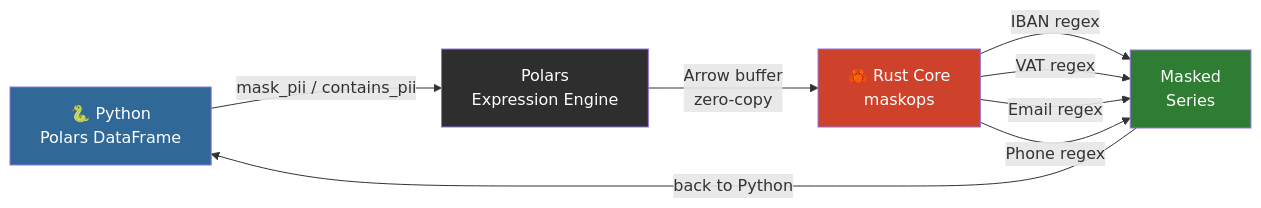
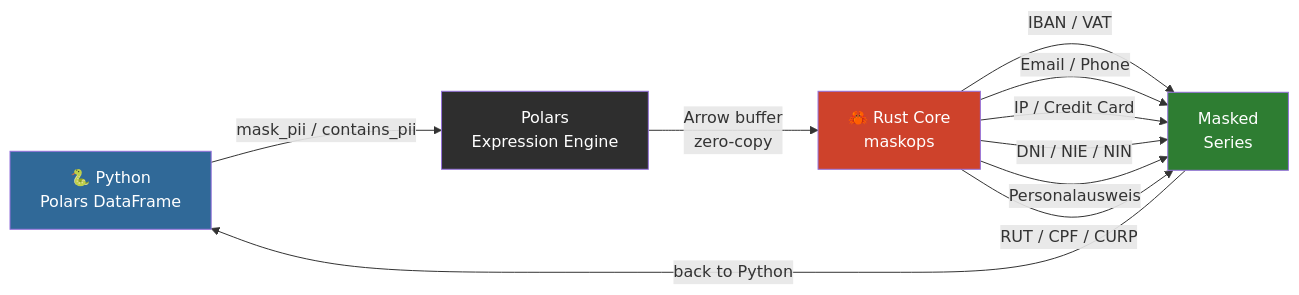
The diagram in README.md (fcarvajalbrown/MaskOps), drawn with Mermaid before and after one commit. The commit also changed other lines of this file and 11 other files, not shown here.

````diff
--- a/README.md
+++ b/README.md
@@ -10,15 +10,16 @@
 ```mermaid
 flowchart LR
     A[🐍 Python\nPolars DataFrame] -->|mask_pii / contains_pii| B[Polars\nExpression Engine]
     B -->|Arrow buffer\nzero-copy| C[🦀 Rust Core\nmaskops]
-    C -->|IBAN regex| D[Masked\nSeries]
-    C -->|VAT regex| D
-    C -->|Email regex| D
-    C -->|Phone regex| D
+    C -->|IBAN / VAT| D[Masked\nSeries]
+    C -->|Email / Phone| D
+    C -->|IP / Credit Card| D
+    C -->|DNI / NIE / NIN| D
+    C -->|Personalausweis| D
+    C -->|RUT / CPF / CURP| D
     D -->|back to Python| A
-
     style A fill:#306998,color:#fff
     style C fill:#CE422B,color:#fff
     style B fill:#2E2E2E,color:#fff
     style D fill:#2E7D32,color:#fff
 ```
````
